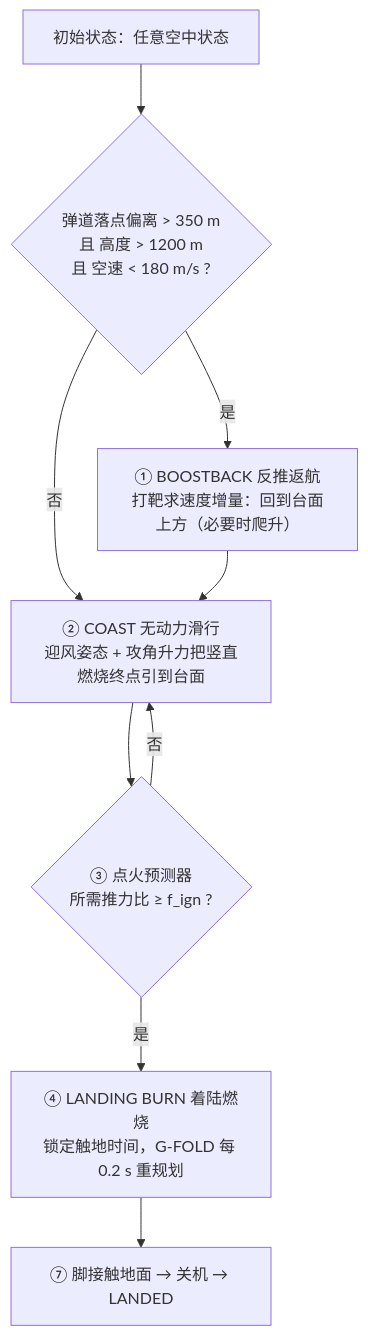
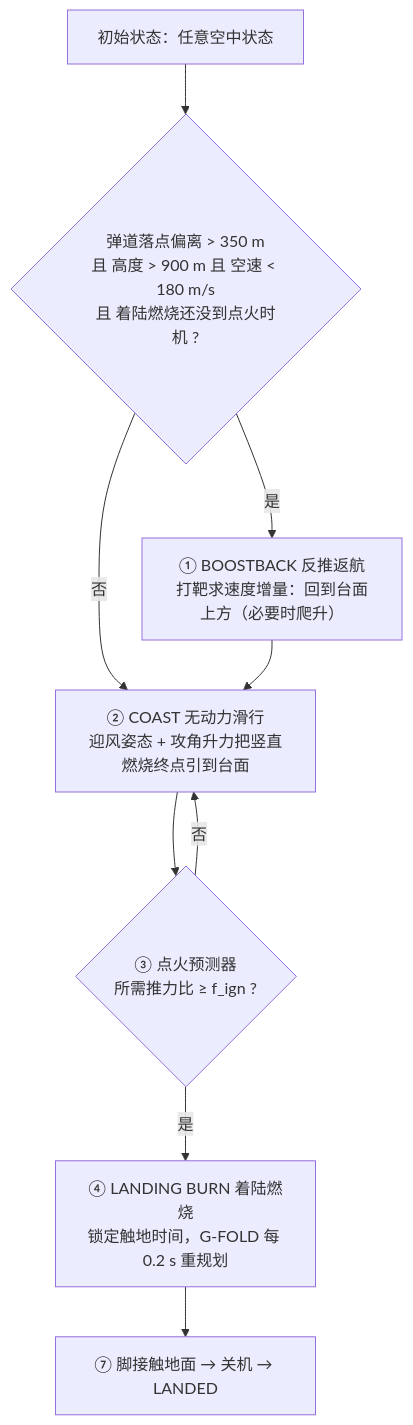
One commit to SpringMomu/GFOLD-Rocket-Recovery-Simulation changed the diagram in README.md. Above: the diagram before and after it, drawn with Mermaid. The commit also changed other lines of this file and 3 other files, not shown here.

````diff
--- a/README.md
+++ b/README.md
@@ -82,11 +82,11 @@
 ```mermaid
 flowchart TD
-    A["初始状态：任意空中状态"] --> B{"弹道落点偏离 &gt; 350 m<br/>且 高度 &gt; 1200 m<br/>且 空速 &lt; 180 m/s ?"}
+    A["初始状态：任意空中状态"] --> B{"弹道落点偏离 &gt; 350 m<br/>且 高度 &gt; 900 m 且 空速 &lt; 180 m/s<br/>且 着陆燃烧还没到点火时机 ?"}
     B -- 是 --> C["① BOOSTBACK 反推返航<br/>打靶求速度增量：回到台面上方（必要时爬升）"]
     B -- 否 --> D
     C --> D["② COAST 无动力滑行<br/>迎风姿态 + 攻角升力把竖直燃烧终点引到台面"]
     D --> E{"③ 点火预测器<br/>所需推力比 ≥ f_ign ?"}
     E -- 否 --> D
     E -- 是 --> F["④ LANDING BURN 着陆燃烧<br/>锁定触地时间，G-FOLD 每 0.2 s 重规划"]
     F --> G["⑦ 脚接触地面 → 关机 → LANDED"]
 ```
````
